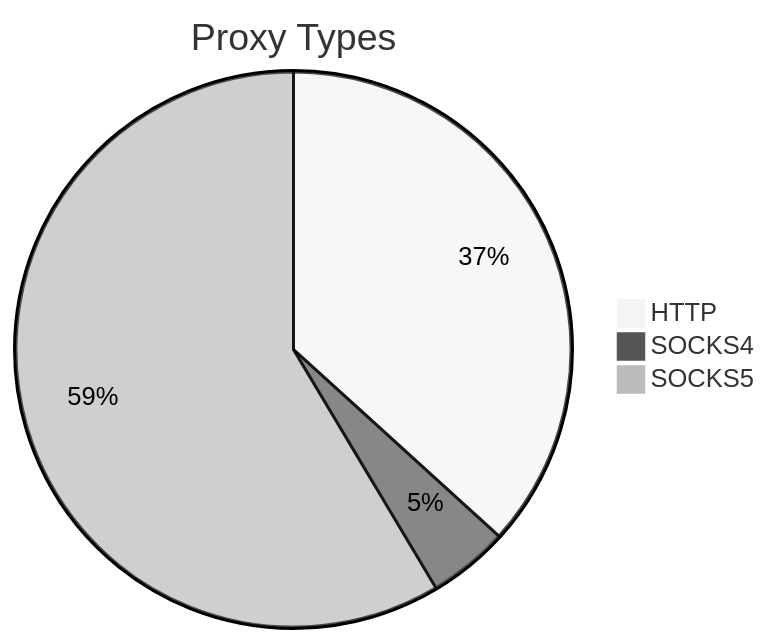
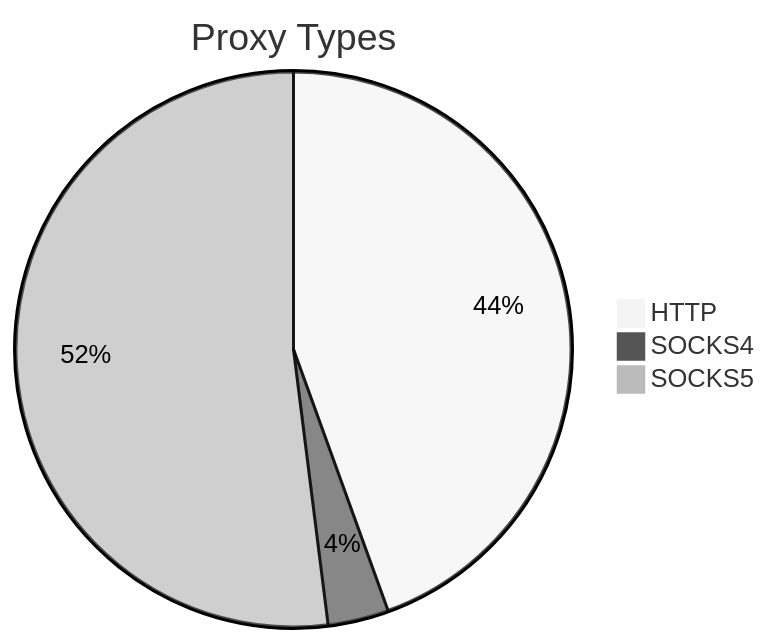
Before and after one commit to stormsia/proxy-list: the first of 2 diagrams in README.md, drawn with Mermaid (neutral theme). The commit also changed other lines of this file, not shown here.

````diff
--- a/README.md
+++ b/README.md
@@ -21,6 +21,6 @@
 ```mermaid
 pie title Proxy Types
-    "HTTP" : 806
-    "SOCKS4" : 103
-    "SOCKS5" : 1285
+    "HTTP" : 692
+    "SOCKS4" : 55
+    "SOCKS5" : 809
 ```
````
